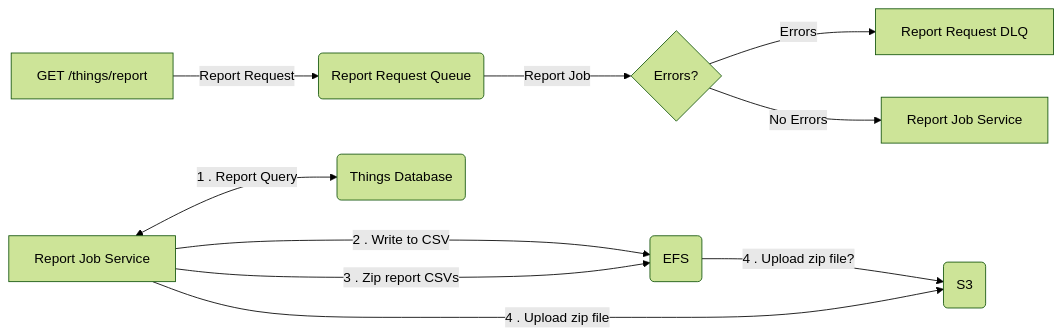
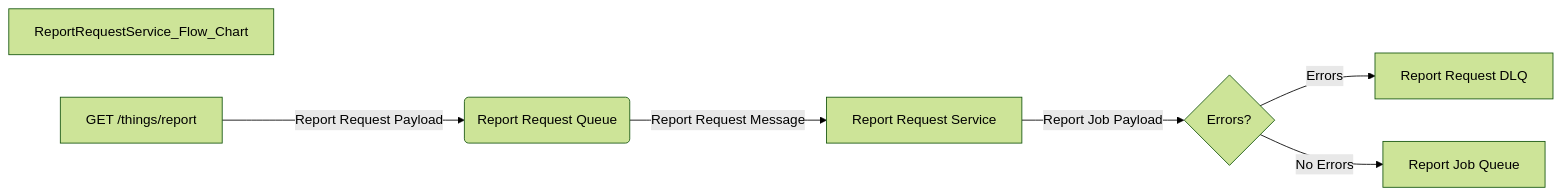
One commit to darrylmorton/ct-iot-things-report-request-service changed the diagram in docs/DESIGN.md. Above: the diagram before and after it, drawn with Mermaid (forest theme).

Commit message:
updated desgin doc

````diff
--- a/docs/DESIGN.md
+++ b/docs/DESIGN.md
@@ -1,12 +1,9 @@
 ```mermaid
 flowchart LR
-    A[GET /things/report] -->|Report Request| B(Report Request Queue)
-    B -->|Report Job| C{Errors?}
-    C -->|Errors| D[Report Request DLQ]
-    C -->|No Errors| E[Report Job Service]
-    F[Report Job Service] <-->|1 . Report Query| G(Things Database)
-    F --->|2 . Write to CSV| J(EFS)
-    F -->|3 . Zip report CSVs| J(EFS)
-    J -->|4 . Upload zip file?| K(S3)
-    F -->|4 . Upload zip file| K(S3)
+    ReportRequestService_Flow_Chart
+    A[GET /things/report] -->|Report Request Payload| B(Report Request Queue)
+    B -->|Report Request Message| C[Report Request Service]
+    C -->|Report Job Payload| D{Errors?}
+    D -->|Errors| E[Report Request DLQ]
+    D -->|No Errors| F[Report Job Queue]
 ```
````
